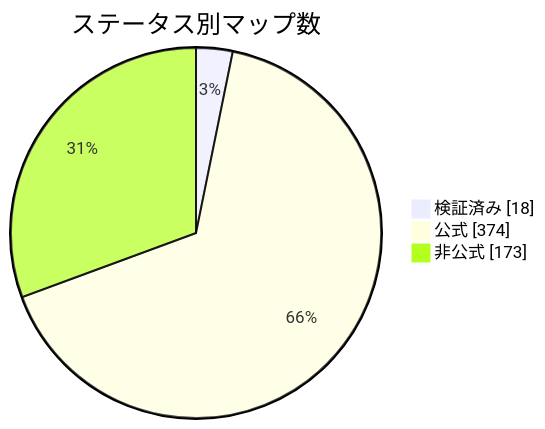
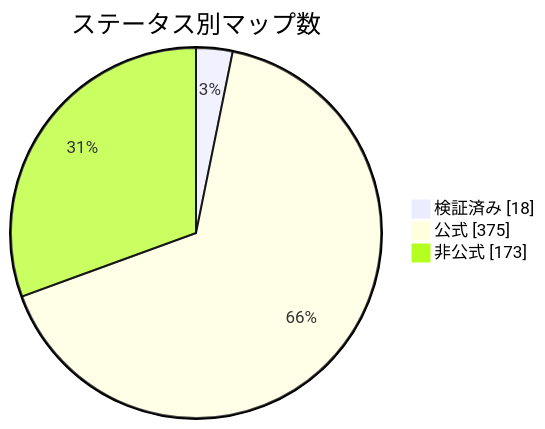
Before and after one commit to nobrega8/mbmap-library: the diagram in docs/readme/README_JP.md, drawn with Mermaid. The commit also changed 6 other files, not shown here.

````diff
--- a/docs/readme/README_JP.md
+++ b/docs/readme/README_JP.md
@@ -54,7 +54,7 @@
 ```mermaid
 pie showData
     title ステータス別マップ数
     "検証済み" : 18
-    "公式" : 374
+    "公式" : 375
     "非公式" : 173
 ```
````
